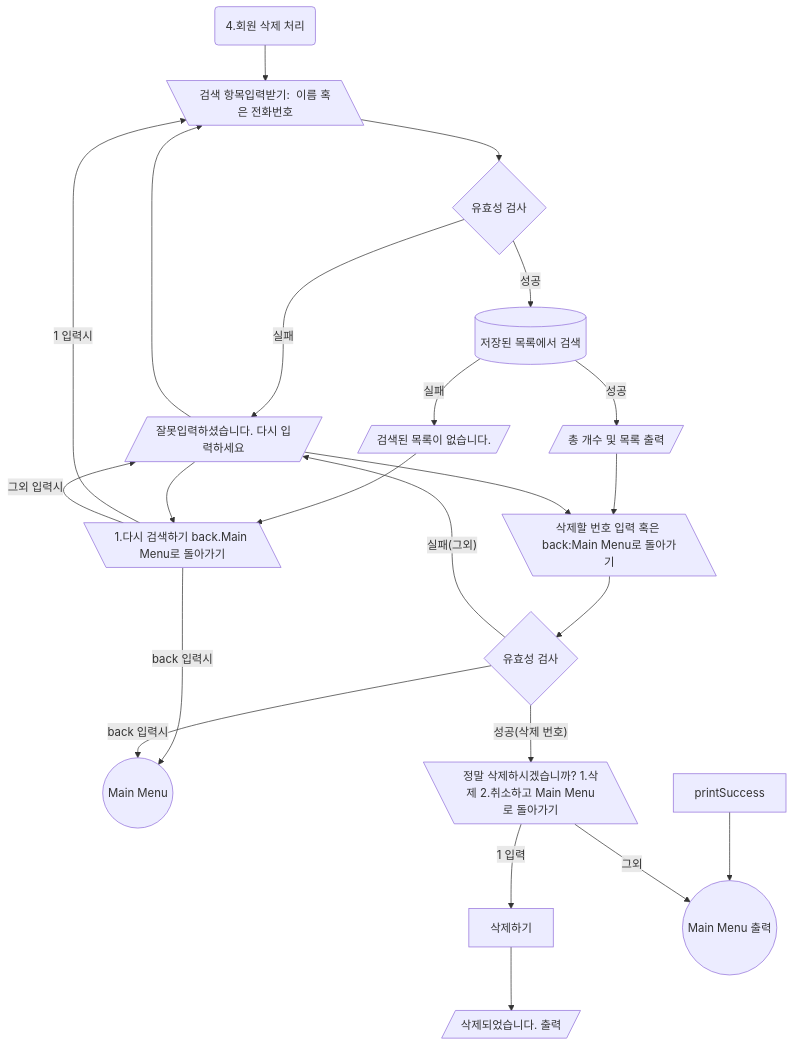
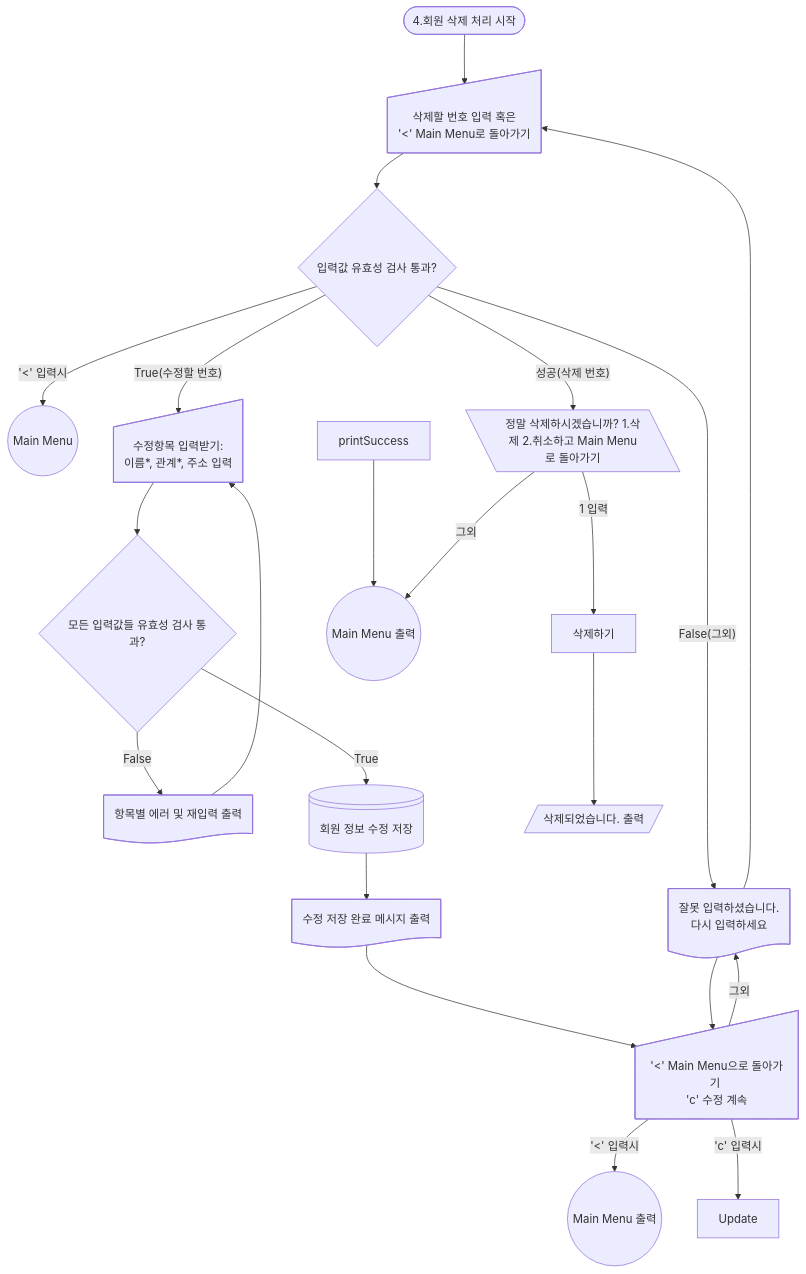
The diagram in docs/1stSubject_flowchart04_remove.md (Happy-o3ov/big20-python-project1-team3), drawn with Mermaid before and after one commit. The commit also changed other lines of this file and 11 other files, not shown here.

Commit message:
flowchart make up

````diff
--- a/docs/1stSubject_flowchart04_remove.md
+++ b/docs/1stSubject_flowchart04_remove.md
@@ -2,26 +2,32 @@
 ```mermaid
 graph TD
     %% 4.회원 삭제 처리
-    Remove(4.회원 삭제 처리) --> inputSearchKeyword[\검색 항목입력받기:  이름 혹은 전화번호\];    
-    inputSearchKeyword --> validationSearchKeyword{유효성 검사};
-    validationSearchKeyword -- 실패 --> errorInputPrint[/잘못입력하셨습니다. 다시 입력하세요/];
-                                        errorInputPrint --> inputSearchKeyword;
-    validationSearchKeyword -- 성공 --> search[(저장된 목록에서 검색)];
-    search -- 실패 --> printNoSearch[/검색된 목록이 없습니다./];
-      printNoSearch --> inputAction[\1.다시 검색하기 back.Main Menu로 돌아가기\]
-      inputAction -- 1 입력시 --> inputSearchKeyword
-      inputAction -- back 입력시 --> Menu((Main Menu))
-      inputAction -- 그외 입력시 --> errorInputPrint@{ shape: doc, label: "잘못 입력하셨습니다. 다시 입력하세요"};
-        errorInputPrint --> inputAction    
-    search -- 성공 --> printList[/총 개수 및 목록 출력/];
-    printList --> inputViewNum[\삭제할 번호 입력 혹은 back:Main Menu로 돌아가기\];
-    inputViewNum --> inputValidation{유효성 검사};
-    inputValidation -- back 입력시 --> Menu((Main Menu))          
-    inputValidation -- 실패(그외) --> errorInputPrint[/잘못입력하셨습니다. 다시 입력하세요/];
+    Remove([4.회원 삭제 처리 시작]) --> inputViewNum@{ shape: sl-rect, label: "삭제할 번호 입력 혹은 <br> '<' Main Menu로 돌아가기"};
+    inputViewNum --> inputValidation{입력값 유효성 검사 통과? };
+    inputValidation -- '<' 입력시 --> Menu((Main Menu))          
+    inputValidation -- False(그외) --> errorInputPrint@{ shape: doc, label: "잘못 입력하셨습니다. <br> 다시 입력하세요"};
       errorInputPrint --> inputViewNum
+    inputValidation -- True(수정할 번호) --> inputUpdateItems@{ shape: sl-rect, label: "수정항목 입력받기: <br> 이름*, 관계*, 주소 입력"}    
+    inputUpdateItems --> validationItems{ 모든 입력값들 유효성 검사 통과? };
+    validationItems -- False --> printError@{ shape: doc, label: "항목별 에러 및 재입력 출력"};
+      printError --> inputUpdateItems;
+    %% validationItems -- True --> checkDuplication[중복확인]
+    %% checkDuplication --> duplJudge{ 입력받은 전화번호가 기 등록되어 있는가? };  
+    %% duplJudge -- True --> printError2@{ shape: doc, label: "기등록 메시지 출력"};
+    %%  printError2 --> subMenu;
+    %% duplJudge -- False --> updateInfo@{ shape: lin-cyl, label: "회원 정보 수정 저장" };
+      validationItems -- True --> updateInfo@{ shape: lin-cyl, label: "회원 정보 수정 저장" };
+      updateInfo --> printSaved@{ shape: doc, label: "수정 저장 완료 메시지 출력"};
+      printSaved --> subMenu@{ shape: sl-rect, label: "'<' Main Menu으로 돌아가기 <br>'c' 수정 계속"};
+      subMenu -- '<' 입력시 --> MainMenu((Main Menu 출력));
+      subMenu -- 'c' 입력시 --> Update
+      subMenu -- 그외 --> errorInputPrint;
+                          errorInputPrint --> subMenu;    
+
+
     inputValidation -- 성공(삭제 번호) --> delConfirm[\정말 삭제하시겠습니까? 1.삭제 2.취소하고 Main Menu로 돌아가기\]
     delConfirm -- 1 입력 --> deleteItem[삭제하기]
       deleteItem --> printSucces[/삭제되었습니다. 출력/]
       printSuccess --> Main((Main Menu 출력))
     delConfirm -- 그외 --> Main((Main Menu 출력))
  ```
````
